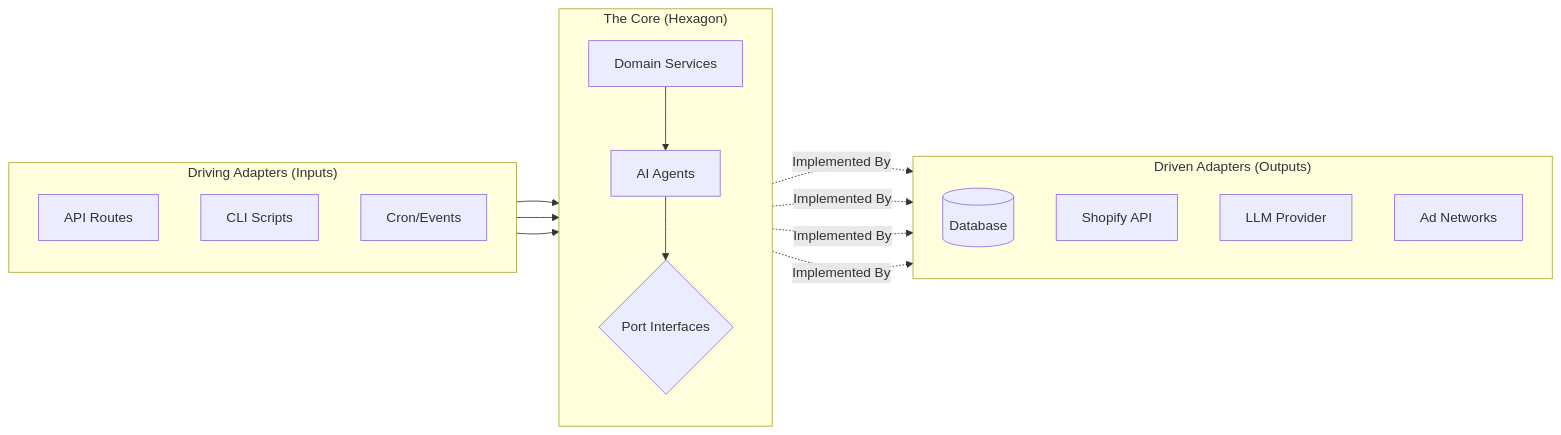
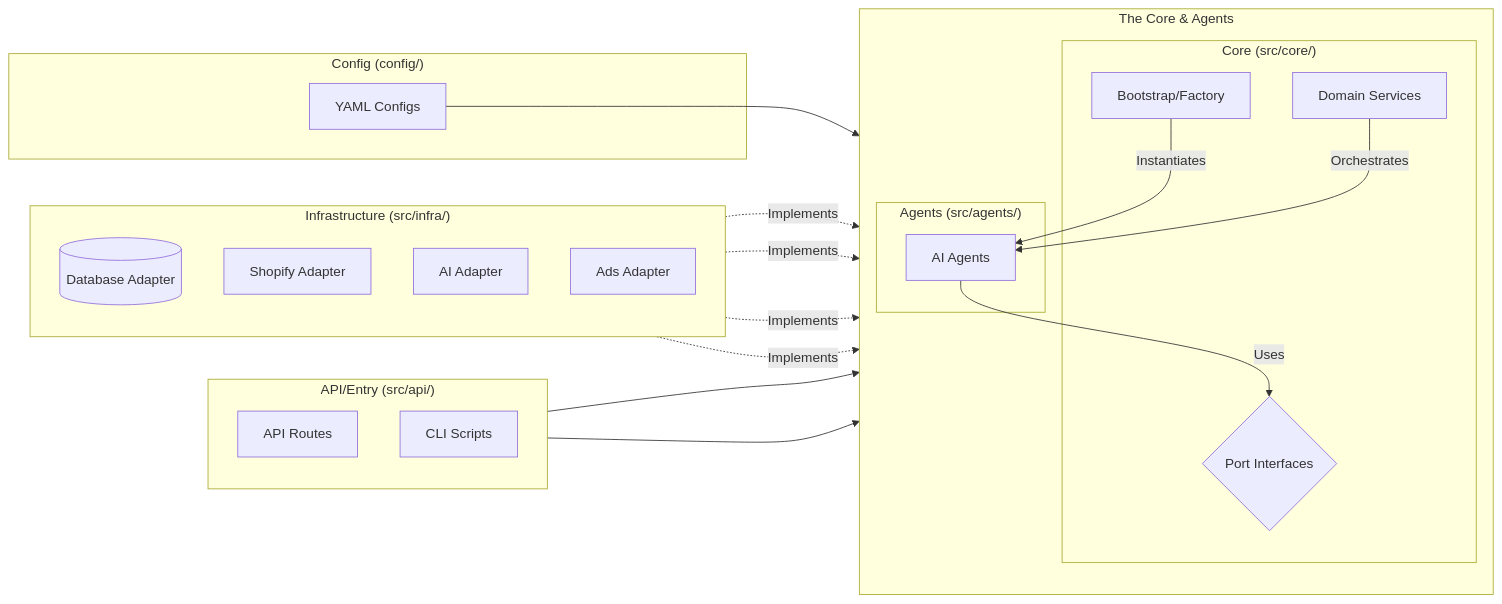
One commit to andylelli/ds1 changed the diagram in Documentation/Reference/ARCHITECTURE_REFERENCE.md. Above: the diagram before and after it, drawn with Mermaid. The commit also changed other lines of this file, not shown here.

````diff
--- a/Documentation/Reference/ARCHITECTURE_REFERENCE.md
+++ b/Documentation/Reference/ARCHITECTURE_REFERENCE.md
@@ -13,36 +13,49 @@
 ```mermaid
 graph LR
-    subgraph Primary["Driving Adapters (Inputs)"]
+    subgraph ConfigLayer ["Config (config/)"]
+        YAML[YAML Configs]
+    end
+
+    subgraph EntryLayer ["API/Entry (src/api/)"]
         direction TB
         API[API Routes]
         CLI[CLI Scripts]
-        Cron[Cron/Events]
     end
 
-    subgraph Hexagon["The Core (Hexagon)"]
+    subgraph Hexagon ["The Core & Agents"]
         direction TB
-        Agents[AI Agents]
-        Services[Domain Services]
-        Ports{Port Interfaces}
+        
+        subgraph Core ["Core (src/core/)"]
+            Bootstrap[Bootstrap/Factory]
+            Services[Domain Services]
+            Ports{Port Interfaces}
+        end
+
+        subgraph AgentLayer ["Agents (src/agents/)"]
+            AgentLogic[AI Agents]
+        end
     end
 
-    subgraph Secondary["Driven Adapters (Outputs)"]
+    subgraph InfraLayer ["Infrastructure (src/infra/)"]
         direction TB
-        DB[(Database)]
-        Shopify[Shopify API]
-        LLM[LLM Provider]
-        Ads[Ad Networks]
+        DB[(Database Adapter)]
+        Shopify[Shopify Adapter]
+        LLM[AI Adapter]
+        Ads[Ads Adapter]
     end
 
+    %% Relationships
+    YAML --> Bootstrap
     API --> Services
     CLI --> Services
-    Cron --> Agents
-
-    Services --> Agents
-    Agents --> Ports
-
-    Ports -.->|Implemented By| DB
-    Ports -.->|Implemented By| Shopify
-    Ports -.->|Implemented By| LLM
-    Ports -.->|Implemented By| Ads
+    
+    Bootstrap -->|Instantiates| AgentLogic
+    Services -->|Orchestrates| AgentLogic
+    
+    AgentLogic -->|Uses| Ports
+    
+    DB -.->|Implements| Ports
+    Shopify -.->|Implements| Ports
+    LLM -.->|Implements| Ports
+    Ads -.->|Implements| Ports
 ```
````
